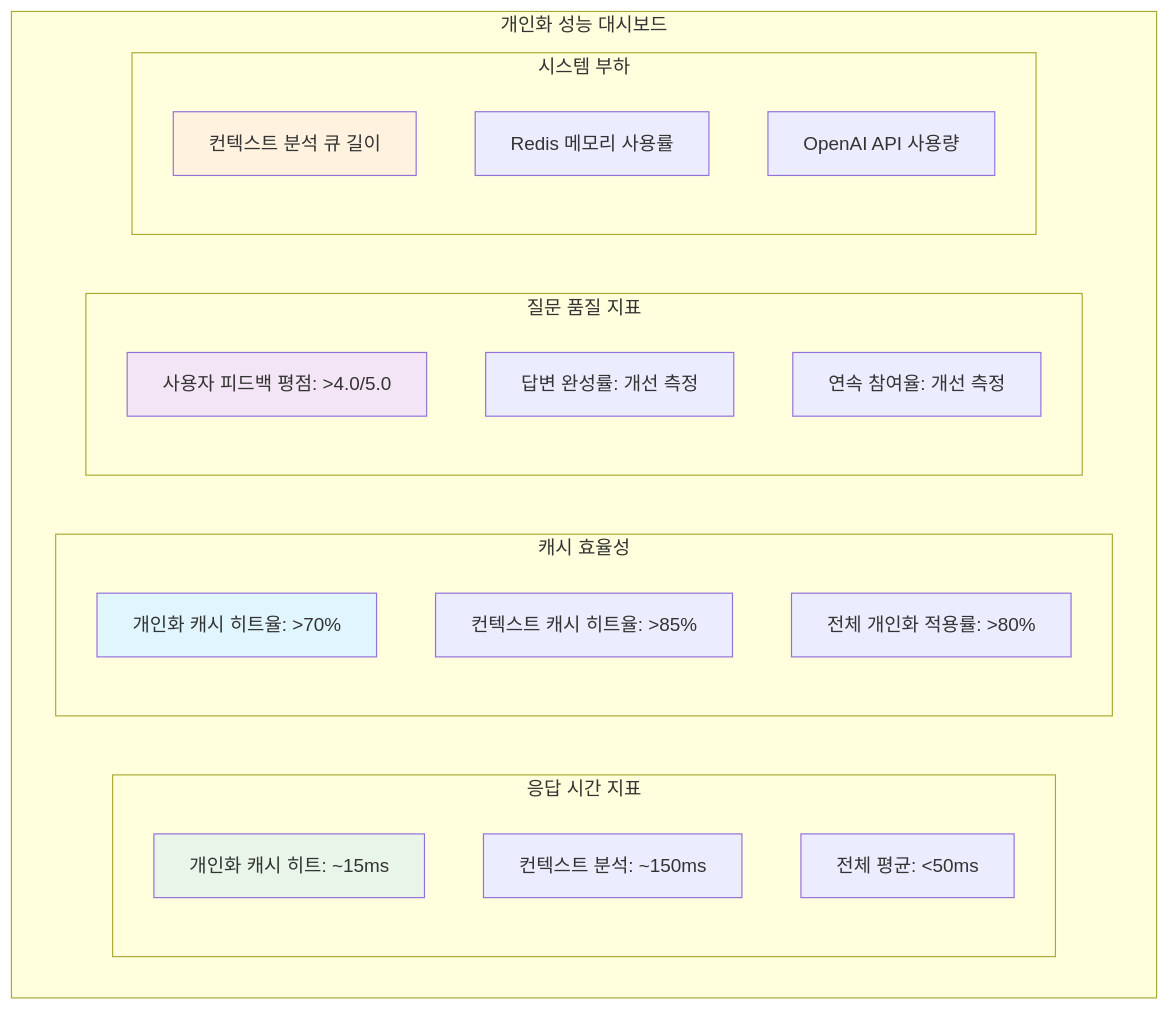
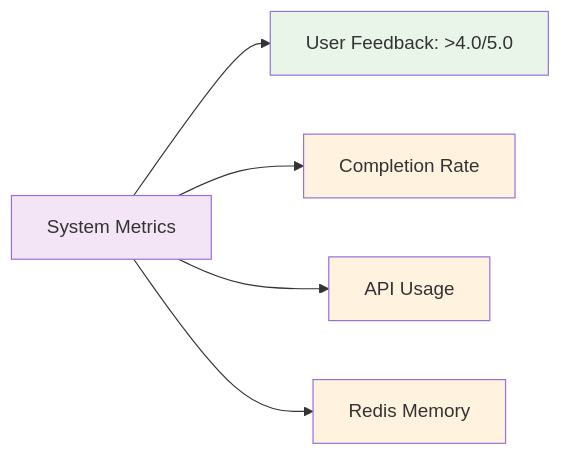
Diagram 27 of 31 in PERFORMANCE_OPTIMIZATION_QUESTION_GENERATION.md (CHALLKATHON-Official/2025_CHALLKATHON_CAFFEINEADDICT_BE), drawn with Mermaid before and after one commit. The commit also changed other lines of this file, not shown here.

Commit message:
:memo: docs(performance): add personalized question generation system details with architecture, implementation, and optimization strategies

````diff
--- a/PERFORMANCE_OPTIMIZATION_QUESTION_GENERATION.md
+++ b/PERFORMANCE_OPTIMIZATION_QUESTION_GENERATION.md
@@ -1809,33 +1830,13 @@
 ```mermaid
-graph TB
-    subgraph "개인화 성능 대시보드"
-        subgraph "응답 시간 지표"
-            RT1[개인화 캐시 히트: ~15ms]
-            RT2[컨텍스트 분석: ~150ms]
-            RT3[전체 평균: <50ms]
-        end
-        
-        subgraph "캐시 효율성"
-            CE1[개인화 캐시 히트율: >70%]
-            CE2[컨텍스트 캐시 히트율: >85%]
-            CE3[전체 개인화 적용률: >80%]
-        end
-        
-        subgraph "질문 품질 지표"
-            QQ1[사용자 피드백 평점: >4.0/5.0]
-            QQ2[답변 완성률: 개선 측정]
-            QQ3[연속 참여율: 개선 측정]
-        end
-        
-        subgraph "시스템 부하"
-            SL1[컨텍스트 분석 큐 길이]
-            SL2[Redis 메모리 사용률]
-            SL3[OpenAI API 사용량]
-        end
-    end
+graph LR
+    A[System Metrics] --> B[User Feedback: >4.0/5.0]
+    A --> C[Completion Rate]
+    A --> D[API Usage]
+    A --> E[Redis Memory]
     
-    style RT1 fill:#e8f5e8
-    style CE1 fill:#e1f5fe
-    style QQ1 fill:#f3e5f5
-    style SL1 fill:#fff3e0
+    style A fill:#f3e5f5
+    style B fill:#e8f5e8
+    style C fill:#fff3e0
+    style D fill:#fff3e0
+    style E fill:#fff3e0
 ```
````
